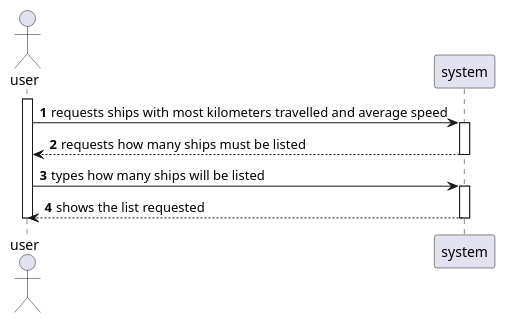
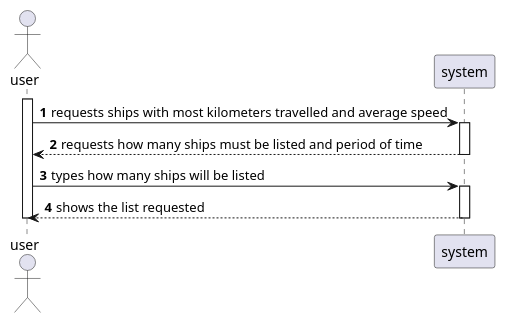
Before and after one commit to mpoboas/lapr3-2021-g102: the diagram in docs/Sprint1/US106/SSD.puml, drawn with PlantUML. The commit also changed 7 other files, not shown here.

```diff
--- a/docs/Sprint1/US106/SSD.puml
+++ b/docs/Sprint1/US106/SSD.puml
@@ -1,16 +1,16 @@
 @startuml
 actor user as usr
 participant system as sys
 autonumber
 activate usr
 usr -> sys : requests ships with most kilometers travelled and average speed
 activate sys
-sys --> usr : requests how many ships must be listed
+sys --> usr : requests how many ships must be listed and period of time
 deactivate sys
 usr -> sys: types how many ships will be listed
 activate sys
 sys --> usr : shows the list requested
 deactivate sys
 deactivate usr
 
 @enduml
```
